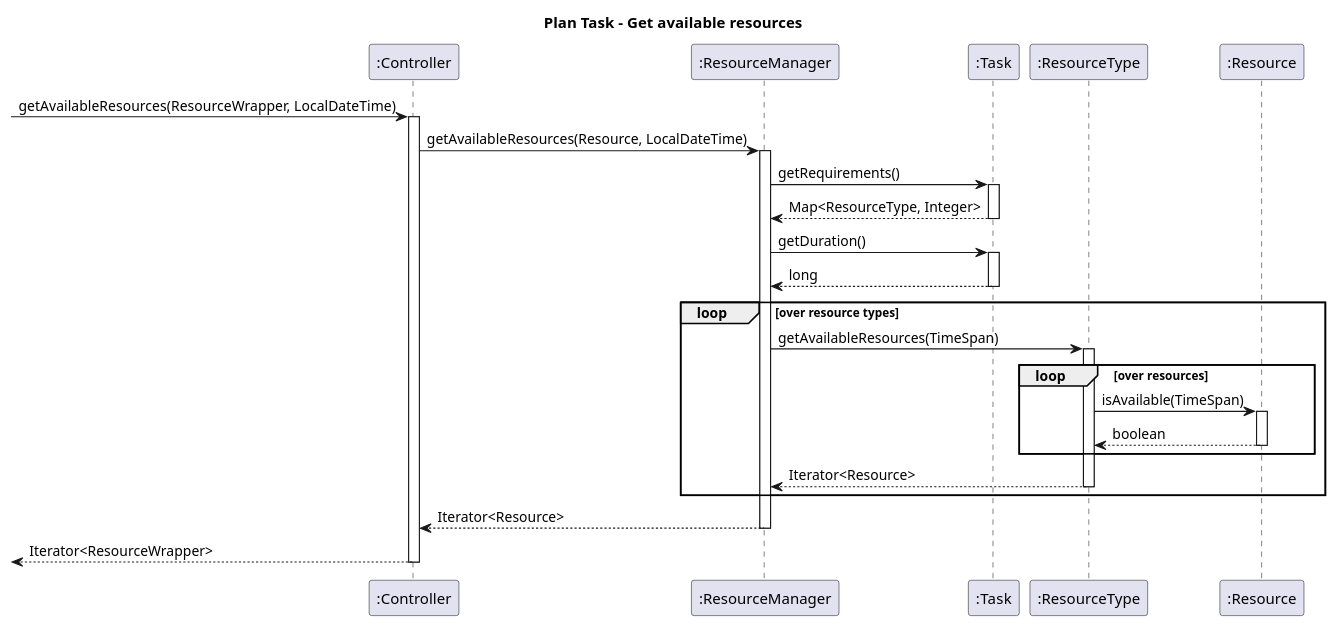
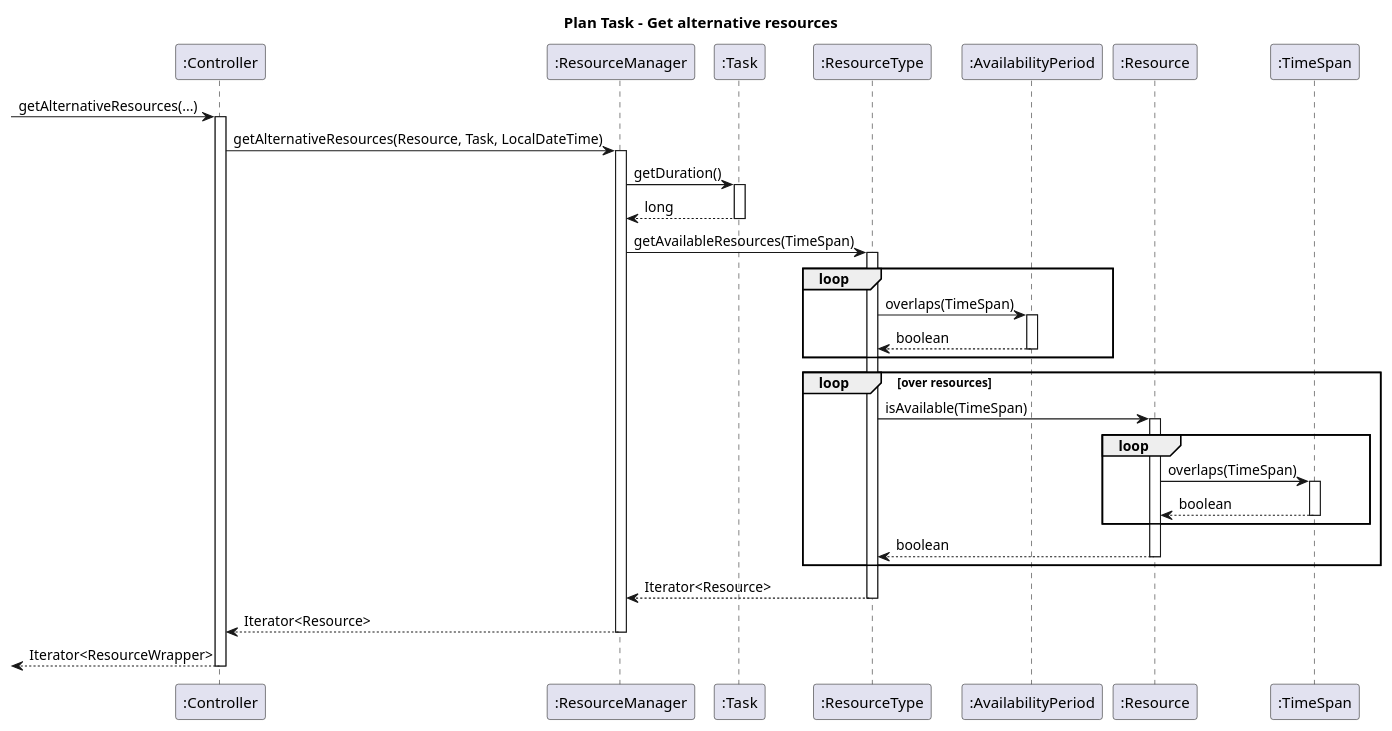
One commit to julienbenaouda/projectJJA changed the diagram in diagrams/sequence_diagrams/3. Plan Task - Get alternative resources.plantuml. Above: the diagram before and after it, drawn with PlantUML.

Commit message:
Add sequence diagrams

```diff
--- a/diagrams/sequence_diagrams/3. Plan Task - Get alternative resources.plantuml
+++ b/diagrams/sequence_diagrams/3. Plan Task - Get alternative resources.plantuml
@@ -1,49 +1,56 @@
 @startuml
 
-title "Plan Task - Get available resources"
+title "Plan Task - Get alternative resources"
 
--> ":Controller": getAvailableResources(ResourceWrapper, LocalDateTime)
+-> ":Controller": getAlternativeResources(...)
 activate ":Controller"
 
-":Controller" -> ":ResourceManager": getAvailableResources(Resource, LocalDateTime)
+":Controller" -> ":ResourceManager": getAlternativeResources(Resource, Task, LocalDateTime)
 activate ":ResourceManager"
-
-
-":ResourceManager" -> ":Task": getRequirements()
-activate ":Task"
-":Task" --> ":ResourceManager": Map<ResourceType, Integer>
-deactivate ":Task"
 
 ":ResourceManager" -> ":Task": getDuration()
 activate ":Task"
 ":Task" --> ":ResourceManager": long
 deactivate ":Task"
 
-loop over resource types
 
-    ":ResourceManager" -> ":ResourceType": getAvailableResources(TimeSpan)
-    activate ":ResourceType"
+":ResourceManager" -> ":ResourceType": getAvailableResources(TimeSpan)
+activate ":ResourceType"
 
-    loop over resources
+loop
+    ":ResourceType" -> ":AvailabilityPeriod": overlaps(TimeSpan)
+    activate ":AvailabilityPeriod"
 
-        ":ResourceType" -> ":Resource": isAvailable(TimeSpan)
-        activate ":Resource"
+    ":AvailabilityPeriod" --> ":ResourceType": boolean
+    deactivate ":AvailabilityPeriod"
+end
 
-        ":Resource" --> ":ResourceType": boolean
-        deactivate ":Resource"
+loop over resources
 
+    ":ResourceType" -> ":Resource": isAvailable(TimeSpan)
+    activate ":Resource"
+
+    loop
+        ":Resource" -> ":TimeSpan": overlaps(TimeSpan)
+        activate ":TimeSpan"
+
+        ":TimeSpan" --> ":Resource": boolean
+        deactivate ":TimeSpan"
     end
 
-    ":ResourceType" --> ":ResourceManager": Iterator<Resource>
-    deactivate ":ResourceType"
+    ":Resource" --> ":ResourceType": boolean
+    deactivate ":Resource"
 
 end
+
+":ResourceType" --> ":ResourceManager": Iterator<Resource>
+deactivate ":ResourceType"
 
 
 ":ResourceManager" --> ":Controller": Iterator<Resource>
 deactivate ":ResourceManager"
 
 <-- ":Controller": Iterator<ResourceWrapper>
 deactivate ":Controller"
 
 @enduml
```
